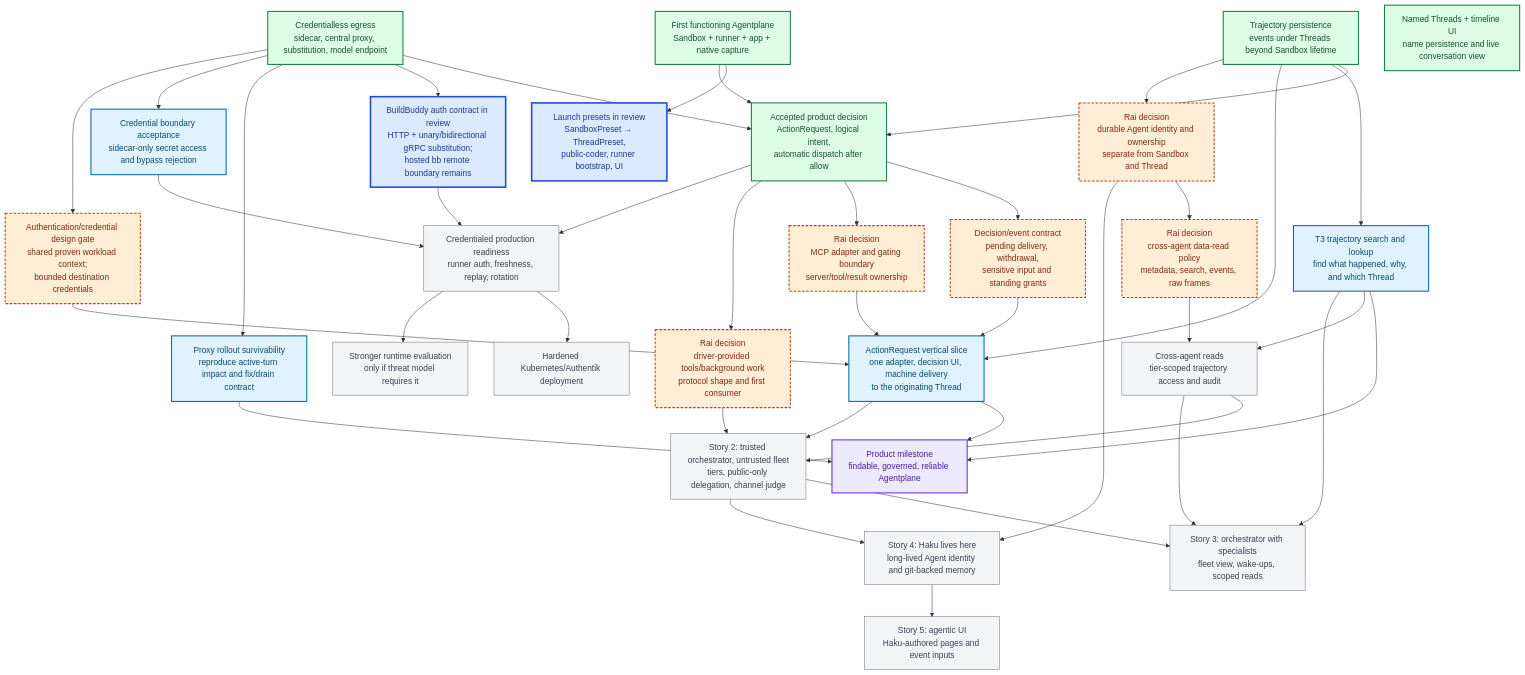
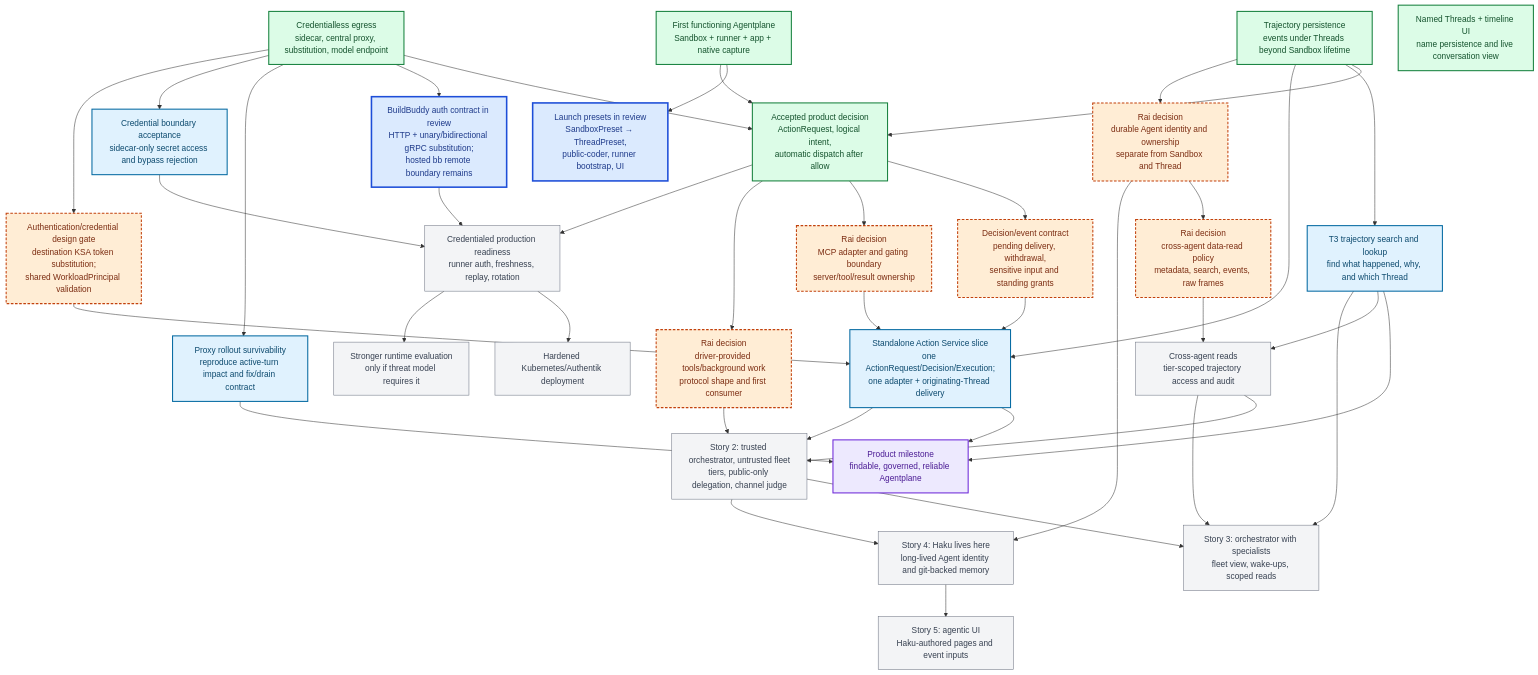
One commit to agentydragon/ducktape changed the diagram in x/agentplane/plans/task_dag.md. Above: the diagram before and after it, drawn with Mermaid. The commit also changed other lines of this file and 2 other files, not shown here.

Commit message:
docs(agentplane): correct destination caller authentication

````diff
--- a/x/agentplane/plans/task_dag.md
+++ b/x/agentplane/plans/task_dag.md
@@ -58,79 +60,79 @@
 ```mermaid
 flowchart TB
     classDef completed fill:#dcfce7,stroke:#15803d,color:#14532d,stroke-width:2px
     classDef active fill:#dbeafe,stroke:#1d4ed8,color:#1e3a8a,stroke-width:3px
     classDef ready fill:#e0f2fe,stroke:#0369a1,color:#0c4a6e,stroke-width:2px
     classDef milestone fill:#ede9fe,stroke:#6d28d9,color:#4c1d95,stroke-width:2px
     classDef decision fill:#ffedd5,stroke:#c2410c,color:#7c2d12,stroke-width:2px,stroke-dasharray:5 3
     classDef future fill:#f3f4f6,stroke:#6b7280,color:#374151
 
     F0["First functioning Agentplane<br/>Sandbox + runner + app + native capture"]:::completed
     J["Credentialless egress<br/>sidecar, central proxy, substitution, model endpoint"]:::completed
     T1["Trajectory persistence<br/>events under Threads beyond Sandbox lifetime"]:::completed
     T2["Named Threads + timeline UI<br/>name persistence and live conversation view"]:::completed
 
     LP["Launch presets in review<br/>SandboxPreset → ThreadPreset,<br/>public-coder, runner bootstrap, UI"]:::active
     BB["BuildBuddy auth contract in review<br/>HTTP + unary/bidirectional gRPC substitution;<br/>hosted bb remote boundary remains"]:::active
 
     OPD["Accepted product decision<br/>ActionRequest, logical intent,<br/>automatic dispatch after allow"]:::completed
     OPS["Decision/event contract<br/>pending delivery, withdrawal,<br/>sensitive input and standing grants"]:::decision
     MCPD["Rai decision<br/>MCP adapter and gating boundary<br/>server/tool/result ownership"]:::decision
-    AUTH["Authentication/credential design gate<br/>shared proven workload context;<br/>bounded destination credentials"]:::decision
-    OPI["ActionRequest vertical slice<br/>one adapter, decision UI, machine delivery<br/>to the originating Thread"]:::ready
+    AUTH["Authentication/credential design gate<br/>destination KSA token substitution;<br/>shared WorkloadPrincipal validation"]:::decision
+    OPI["Standalone Action Service slice<br/>one ActionRequest/Decision/Execution;<br/>one adapter + originating-Thread delivery"]:::ready
 
     T3["T3 trajectory search and lookup<br/>find what happened, why, and which Thread"]:::ready
     PR["Proxy rollout survivability<br/>reproduce active-turn impact and fix/drain contract"]:::ready
     SEC["Credential boundary acceptance<br/>sidecar-only secret access and bypass rejection"]:::ready
 
     AGD["Rai decision<br/>durable Agent identity and ownership<br/>separate from Sandbox and Thread"]:::decision
     DATAD["Rai decision<br/>cross-agent data-read policy<br/>metadata, search, events, raw frames"]:::decision
     XREAD["Cross-agent reads<br/>tier-scoped trajectory access and audit"]:::future
 
     DT["Rai decision<br/>driver-provided tools/background work<br/>protocol shape and first consumer"]:::decision
     N["Story 2: trusted orchestrator, untrusted fleet<br/>tiers, public-only delegation, channel judge"]:::future
     O["Story 3: orchestrator with specialists<br/>fleet view, wake-ups, scoped reads"]:::future
     HK["Story 4: Haku lives here<br/>long-lived Agent identity and git-backed memory"]:::future
     UI["Story 5: agentic UI<br/>Haku-authored pages and event inputs"]:::future
     L["Credentialed production readiness<br/>runner auth, freshness, replay, rotation"]:::future
     V["Stronger runtime evaluation<br/>only if threat model requires it"]:::future
     W["Hardened Kubernetes/Authentik deployment"]:::future
     F["Product milestone<br/>findable, governed, reliable Agentplane"]:::milestone
 
     F0 --> LP
     F0 --> OPD
     J --> OPD
     J --> BB
     T1 --> OPD
     T1 --> T3
     J --> PR
     J --> SEC
     OPD --> OPS
     OPD --> MCPD
     OPS --> OPI
     MCPD --> OPI
     J --> AUTH
     AUTH --> OPI
     T1 --> OPI
     T3 --> F
     OPI --> F
     PR --> F
     SEC --> L
     BB --> L
     OPD --> DT
     T1 --> AGD
     AGD --> DATAD
     T3 --> XREAD
     DATAD --> XREAD
     OPI --> N
     XREAD --> N
     DT --> N
     N --> O
     XREAD --> O
     T3 --> O
     N --> HK
     AGD --> HK
     HK --> UI
     L --> W
     OPD --> L
     L --> V
 ```
````
